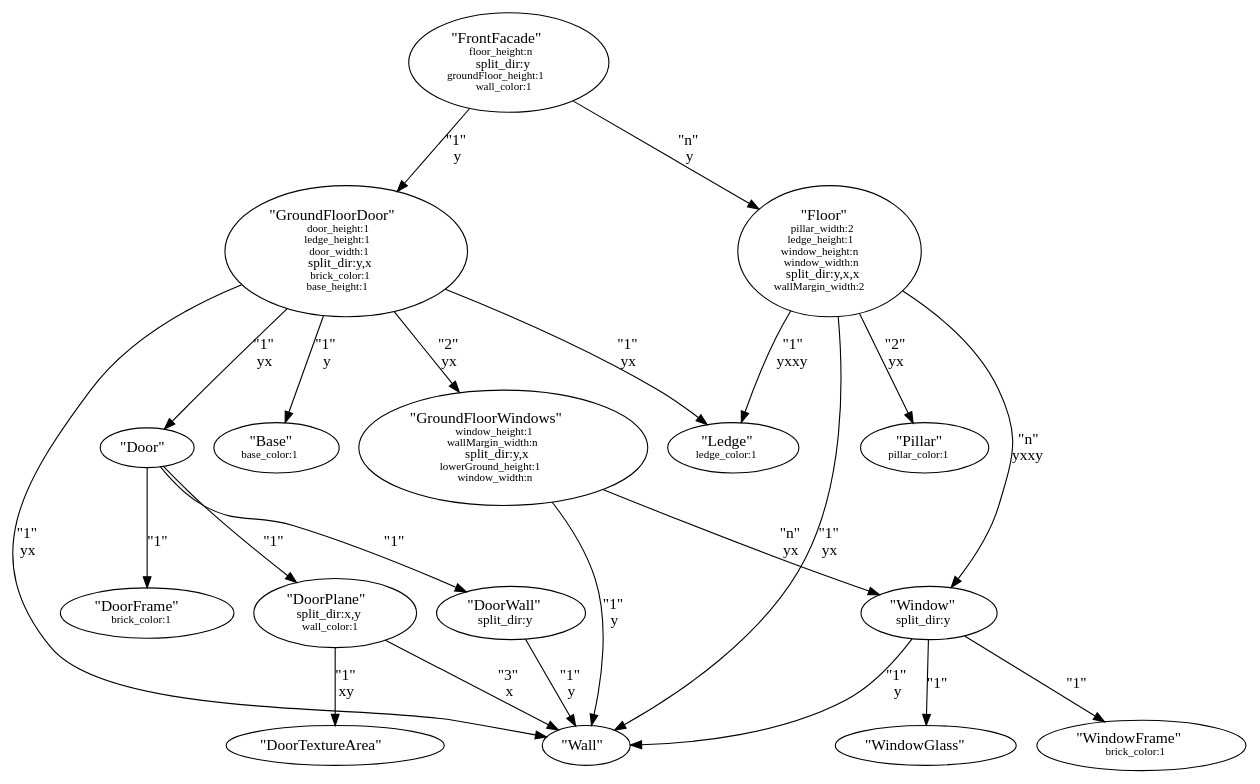
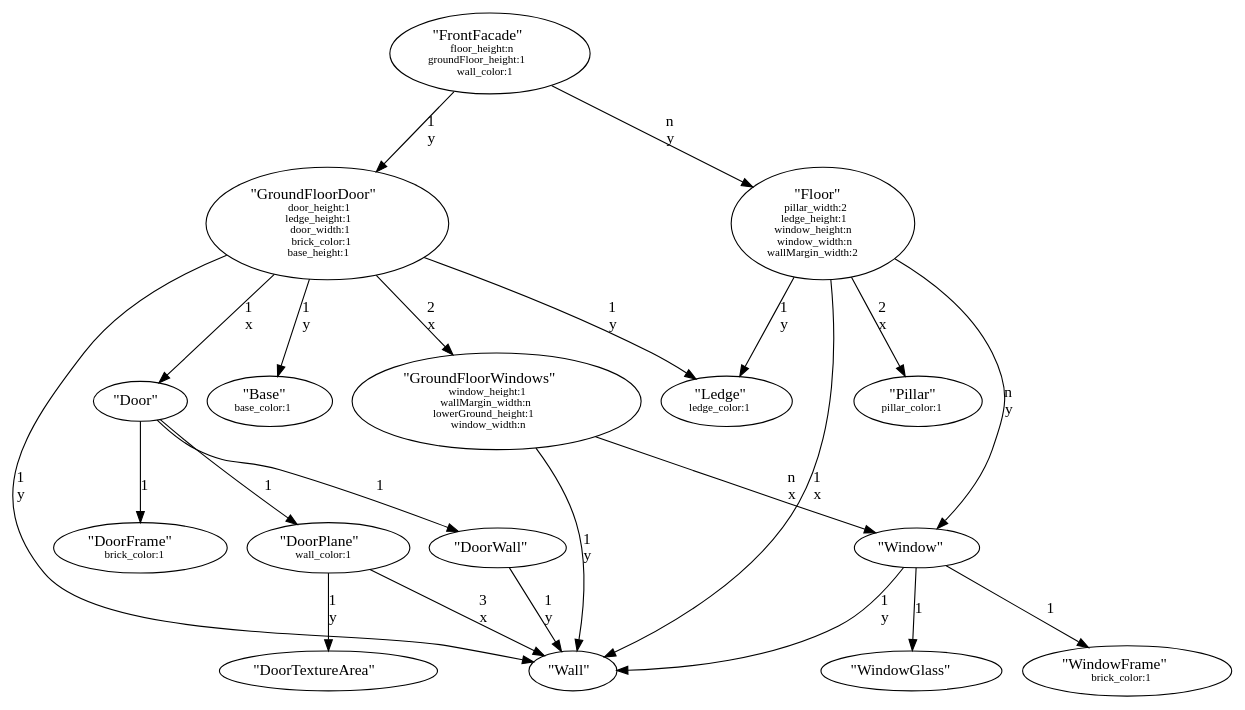
The diagram in gv/example.gv (gaspardzoss/cga-parser), drawn with Graphviz before and after one commit. The commit also changed 3 other files, not shown here.

```diff
--- a/gv/example.gv
+++ b/gv/example.gv
@@ -1,87 +1,80 @@
 digraph {
-    Door -> DoorWall[label=<"1">];
-    Door -> DoorFrame[label=<"1">];
-    Door -> DoorPlane[label=<"1">];
-    GroundFloorWindows -> Wall[label=<"1"
+    Door -> DoorWall[label=<1>];
+    Door -> DoorFrame[label=<1>];
+    Door -> DoorPlane[label=<1>];
+    GroundFloorWindows -> Wall[label=<1
 <BR />y>];
-    GroundFloorWindows -> Window[label=<"n"
-<BR />yx>];
-    Floor -> Wall[label=<"1"
-<BR />yx>];
-    Floor -> Pillar[label=<"2"
-<BR />yx>];
-    Floor -> Window[label=<"n"
-<BR />yxxy>];
-    Floor -> Ledge[label=<"1"
-<BR />yxxy>];
-    Window -> WindowFrame[label=<"1">];
-    Window -> Wall[label=<"1"
+    GroundFloorWindows -> Window[label=<n
+<BR />x>];
+    Floor -> Wall[label=<1
+<BR />x>];
+    Floor -> Pillar[label=<2
+<BR />x>];
+    Floor -> Window[label=<n
 <BR />y>];
-    Window -> WindowGlass[label=<"1">];
-    FrontFacade -> GroundFloorDoor[label=<"1"
+    Floor -> Ledge[label=<1
 <BR />y>];
-    FrontFacade -> Floor[label=<"n"
+    Window -> WindowFrame[label=<1>];
+    Window -> Wall[label=<1
 <BR />y>];
-    DoorWall -> Wall[label=<"1"
+    Window -> WindowGlass[label=<1>];
+    FrontFacade -> GroundFloorDoor[label=<1
 <BR />y>];
-    GroundFloorDoor -> Wall[label=<"1"
-<BR />yx>];
-    GroundFloorDoor -> Base[label=<"1"
+    FrontFacade -> Floor[label=<n
 <BR />y>];
-    GroundFloorDoor -> Door[label=<"1"
-<BR />yx>];
-    GroundFloorDoor -> Ledge[label=<"1"
-<BR />yx>];
-    GroundFloorDoor -> GroundFloorWindows[label=<"2"
-<BR />yx>];
-    DoorPlane -> Wall[label=<"3"
+    DoorWall -> Wall[label=<1
+<BR />y>];
+    GroundFloorDoor -> Wall[label=<1
+<BR />y>];
+    GroundFloorDoor -> Base[label=<1
+<BR />y>];
+    GroundFloorDoor -> Door[label=<1
 <BR />x>];
-    DoorPlane -> DoorTextureArea[label=<"1"
-<BR />xy>];
+    GroundFloorDoor -> Ledge[label=<1
+<BR />y>];
+    GroundFloorDoor -> GroundFloorWindows[label=<2
+<BR />x>];
+    DoorPlane -> Wall[label=<3
+<BR />x>];
+    DoorPlane -> DoorTextureArea[label=<1
+<BR />y>];
     Door [label=<"Door">];
     DoorFrame [label=<"DoorFrame"
 <BR /><FONT POINT-SIZE="10">brick_color:1</FONT>>];
     GroundFloorWindows [label=<"GroundFloorWindows"
 <BR /><FONT POINT-SIZE="10">window_height:1</FONT>
 <BR /><FONT POINT-SIZE="10">wallMargin_width:n</FONT>
-<BR /><FONT POINT-SIZE="12">split_dir:y,x</FONT>
 <BR /><FONT POINT-SIZE="10">lowerGround_height:1</FONT>
 <BR /><FONT POINT-SIZE="10">window_width:n</FONT>>];
     Floor [label=<"Floor"
 <BR /><FONT POINT-SIZE="10">pillar_width:2</FONT>
 <BR /><FONT POINT-SIZE="10">ledge_height:1</FONT>
 <BR /><FONT POINT-SIZE="10">window_height:n</FONT>
 <BR /><FONT POINT-SIZE="10">window_width:n</FONT>
-<BR /><FONT POINT-SIZE="12">split_dir:y,x,x</FONT>
 <BR /><FONT POINT-SIZE="10">wallMargin_width:2</FONT>>];
     Wall [label=<"Wall">];
     Pillar [label=<"Pillar"
 <BR /><FONT POINT-SIZE="10">pillar_color:1</FONT>>];
     WindowGlass [label=<"WindowGlass">];
-    Window [label=<"Window"
-<BR /><FONT POINT-SIZE="12">split_dir:y</FONT>>];
+    Window [label=<"Window">];
     Base [label=<"Base"
 <BR /><FONT POINT-SIZE="10">base_color:1</FONT>>];
     FrontFacade [label=<"FrontFacade"
 <BR /><FONT POINT-SIZE="10">floor_height:n</FONT>
-<BR /><FONT POINT-SIZE="12">split_dir:y</FONT>
 <BR /><FONT POINT-SIZE="10">groundFloor_height:1</FONT>
 <BR /><FONT POINT-SIZE="10">wall_color:1</FONT>>];
     Ledge [label=<"Ledge"
 <BR /><FONT POINT-SIZE="10">ledge_color:1</FONT>>];
     WindowFrame [label=<"WindowFrame"
 <BR /><FONT POINT-SIZE="10">brick_color:1</FONT>>];
-    DoorWall [label=<"DoorWall"
-<BR /><FONT POINT-SIZE="12">split_dir:y</FONT>>];
+    DoorWall [label=<"DoorWall">];
     GroundFloorDoor [label=<"GroundFloorDoor"
 <BR /><FONT POINT-SIZE="10">door_height:1</FONT>
 <BR /><FONT POINT-SIZE="10">ledge_height:1</FONT>
 <BR /><FONT POINT-SIZE="10">door_width:1</FONT>
-<BR /><FONT POINT-SIZE="12">split_dir:y,x</FONT>
 <BR /><FONT POINT-SIZE="10">brick_color:1</FONT>
 <BR /><FONT POINT-SIZE="10">base_height:1</FONT>>];
     DoorTextureArea [label=<"DoorTextureArea">];
     DoorPlane [label=<"DoorPlane"
-<BR /><FONT POINT-SIZE="12">split_dir:x,y</FONT>
 <BR /><FONT POINT-SIZE="10">wall_color:1</FONT>>];
 }
```
